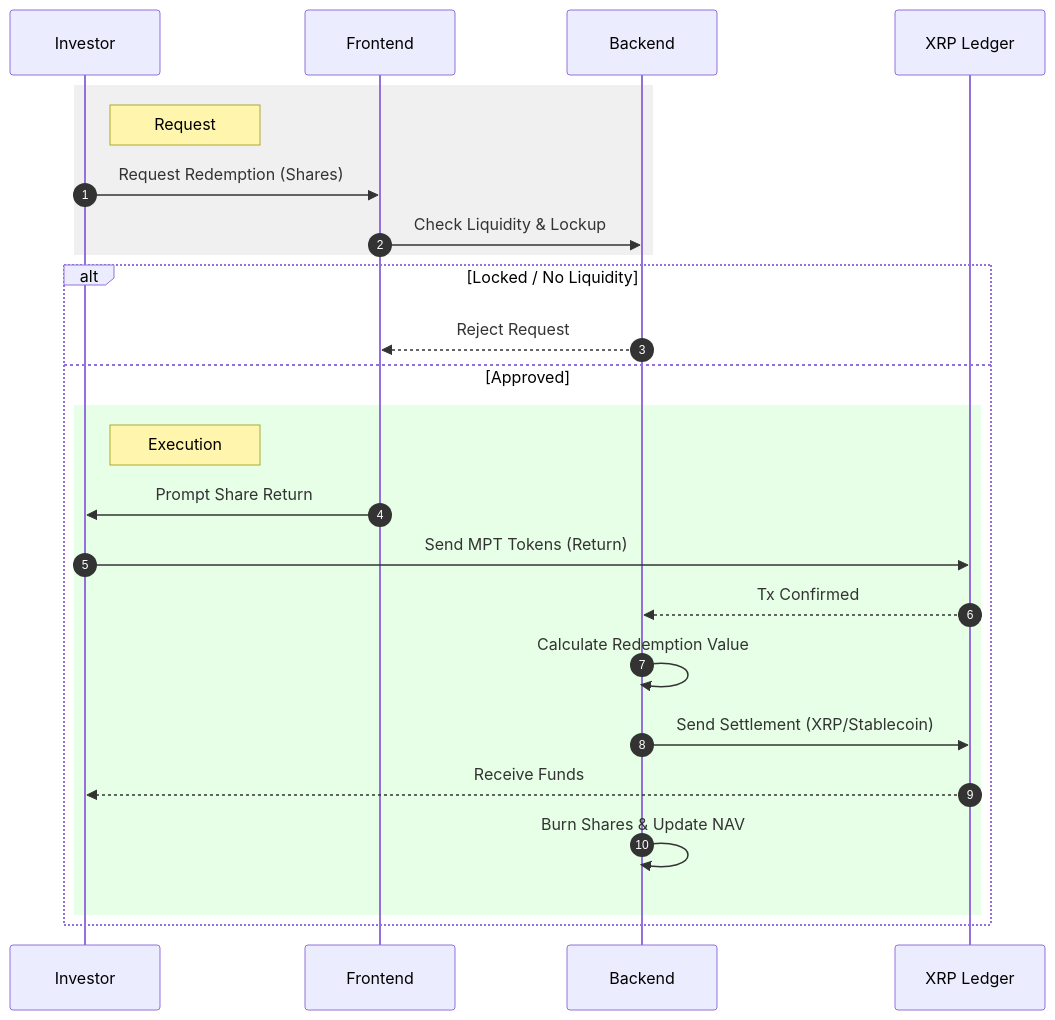
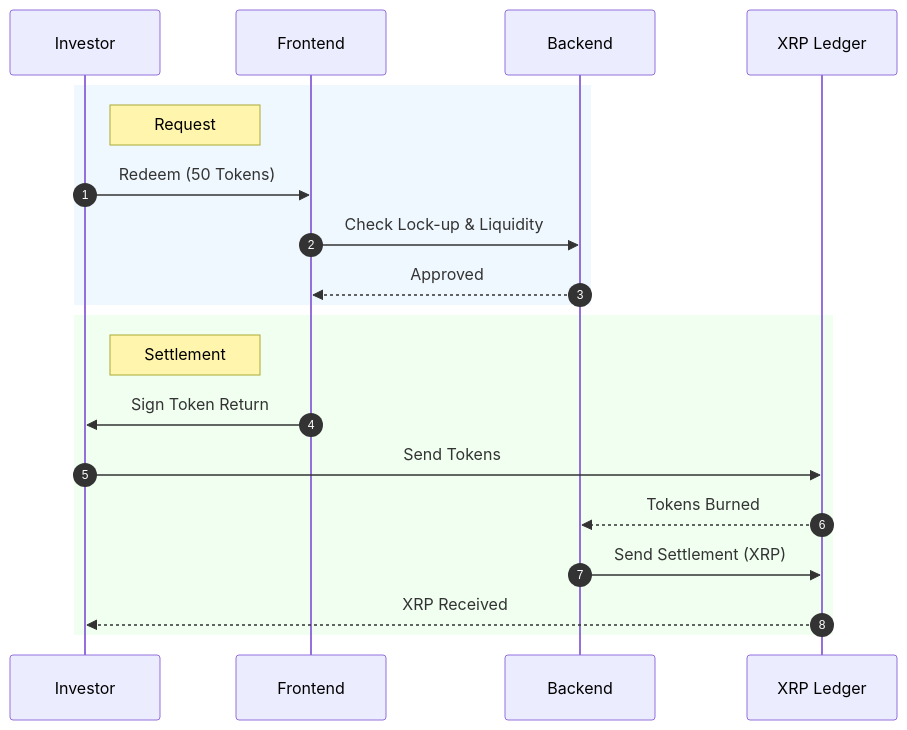
Before and after one commit to MrDecryptDecipher/xrpl-institutional-fund-management: the sixth of 17 diagrams in README.md, drawn with Mermaid. The commit also changed other lines of this file, not shown here.

Commit message:
docs: final polish of readme with high-contrast diagrams and fixes

````diff
--- a/README.md
+++ b/README.md
@@ -298,29 +254,24 @@
 ```mermaid
 sequenceDiagram
     autonumber
     participant Inv as Investor
     participant UI as Frontend
     participant API as Backend
     participant XRPL as XRP Ledger
 
-    rect rgb(240, 240, 240)
+    rect rgb(240, 248, 255)
     Note right of Inv: Request
-    Inv->>UI: Request Redemption (Shares)
-    UI->>API: Check Liquidity & Lockup
+    Inv->>UI: Redeem (50 Tokens)
+    UI->>API: Check Lock-up & Liquidity
+    API-->>UI: Approved
     end
 
-    alt Locked / No Liquidity
-        API-->>UI: Reject Request
-    else Approved
-        rect rgb(230, 255, 230)
-        Note right of Inv: Execution
-        UI->>Inv: Prompt Share Return
-        Inv->>XRPL: Send MPT Tokens (Return)
-        XRPL-->>API: Tx Confirmed
-        API->>API: Calculate Redemption Value
-        API->>XRPL: Send Settlement (XRP/Stablecoin)
-        XRPL-->>Inv: Receive Funds
-        API->>API: Burn Shares & Update NAV
-        end
+    rect rgb(240, 255, 240)
+    Note right of Inv: Settlement
+    UI->>Inv: Sign Token Return
+    Inv->>XRPL: Send Tokens
+    XRPL-->>API: Tokens Burned
+    API->>XRPL: Send Settlement (XRP)
+    XRPL-->>Inv: XRP Received
     end
 ```
````
